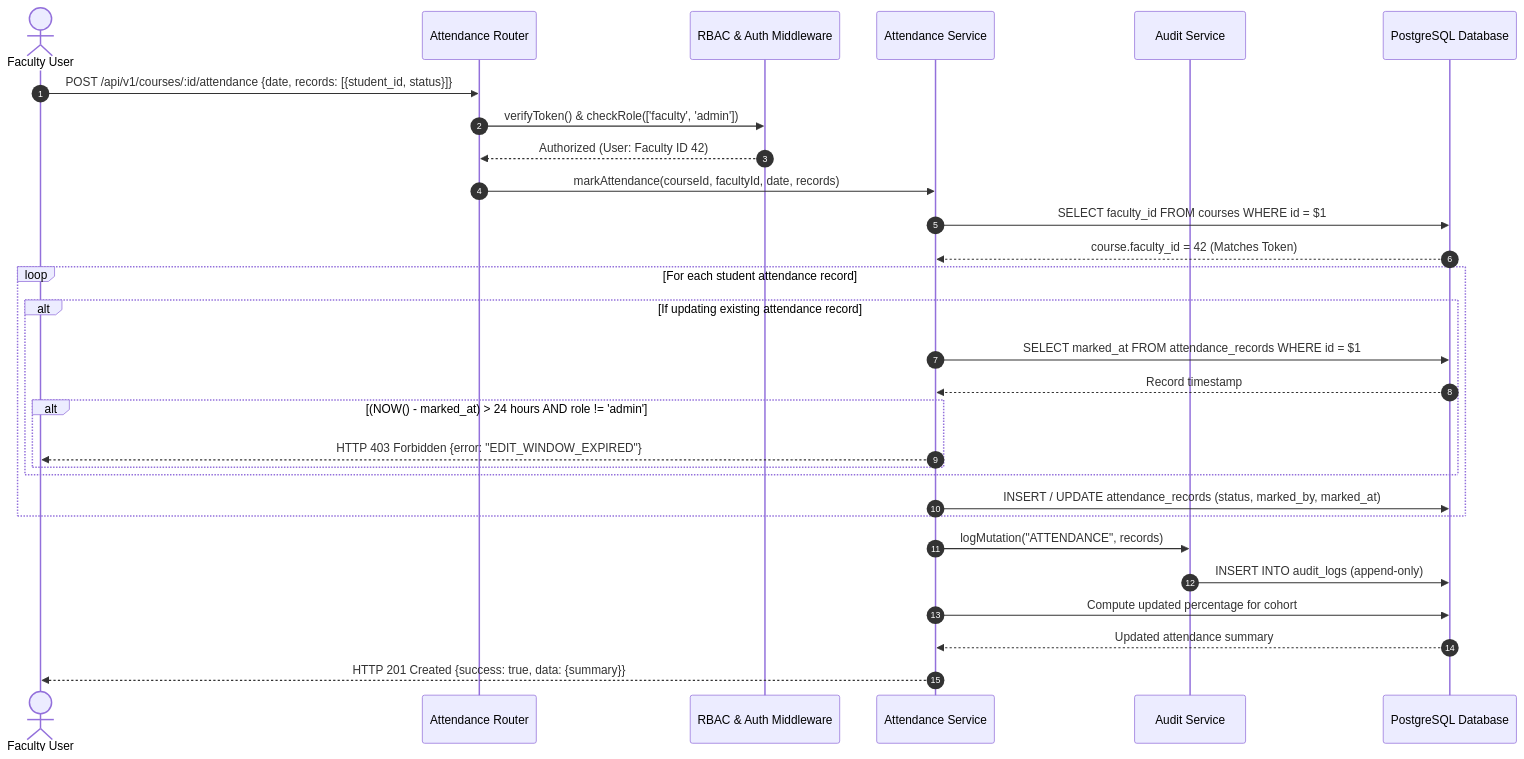
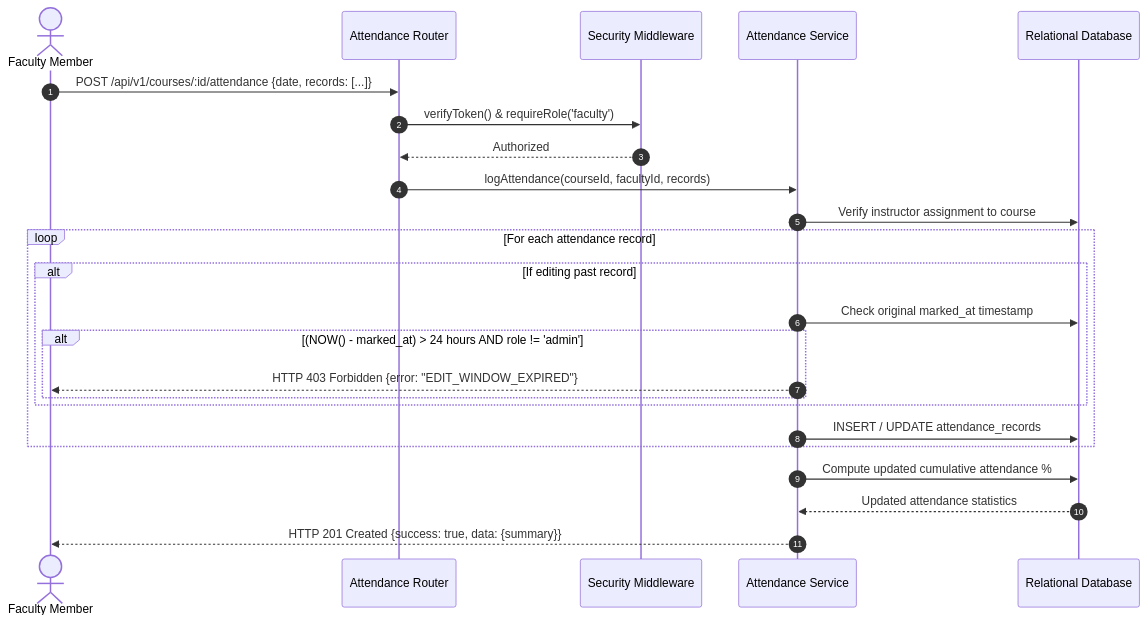
The fourth of 6 diagrams in docs/3_ArchitectureDesign_StudentRecordSystem.md (Nagashri2304/student-record-system), drawn with Mermaid before and after one commit. The commit also changed other lines of this file and 7 other files, not shown here.

````diff
--- a/docs/3_ArchitectureDesign_StudentRecordSystem.md
+++ b/docs/3_ArchitectureDesign_StudentRecordSystem.md
@@ -382,34 +198,29 @@
 ```mermaid
 sequenceDiagram
     autonumber
-    actor Faculty as Faculty User
+    actor Instructor as Faculty Member
     participant Router as Attendance Router
-    participant RBAC as RBAC & Auth Middleware
+    participant RBAC as Security Middleware
     participant Service as Attendance Service
-    participant Audit as Audit Service
-    participant DB as PostgreSQL Database
+    participant DB as Relational Database
 
-    Faculty->>Router: POST /api/v1/courses/:id/attendance {date, records: [{student_id, status}]}
-    Router->>RBAC: verifyToken() & checkRole(['faculty', 'admin'])
-    RBAC-->>Router: Authorized (User: Faculty ID 42)
-    Router->>Service: markAttendance(courseId, facultyId, date, records)
-    Service->>DB: SELECT faculty_id FROM courses WHERE id = $1
-    DB-->>Service: course.faculty_id = 42 (Matches Token)
-    
-    loop For each student attendance record
-        alt If updating existing attendance record
-            Service->>DB: SELECT marked_at FROM attendance_records WHERE id = $1
-            DB-->>Service: Record timestamp
+    Instructor->>Router: POST /api/v1/courses/:id/attendance {date, records: [...]}
+    Router->>RBAC: verifyToken() & requireRole('faculty')
+    RBAC-->>Router: Authorized
+    Router->>Service: logAttendance(courseId, facultyId, records)
+    Service->>DB: Verify instructor assignment to course
+
+    loop For each attendance record
+        alt If editing past record
+            Service->>DB: Check original marked_at timestamp
             alt (NOW() - marked_at) > 24 hours AND role != 'admin'
-                Service-->>Faculty: HTTP 403 Forbidden {error: "EDIT_WINDOW_EXPIRED"}
+                Service-->>Instructor: HTTP 403 Forbidden {error: "EDIT_WINDOW_EXPIRED"}
             end
         end
-        Service->>DB: INSERT / UPDATE attendance_records (status, marked_by, marked_at)
+        Service->>DB: INSERT / UPDATE attendance_records
     end
 
-    Service->>Audit: logMutation("ATTENDANCE", records)
-    Audit->>DB: INSERT INTO audit_logs (append-only)
-    Service->>DB: Compute updated percentage for cohort
-    DB-->>Service: Updated attendance summary
-    Service-->>Faculty: HTTP 201 Created {success: true, data: {summary}}
+    Service->>DB: Compute updated cumulative attendance %
+    DB-->>Service: Updated attendance statistics
+    Service-->>Instructor: HTTP 201 Created {success: true, data: {summary}}
 ```
````
